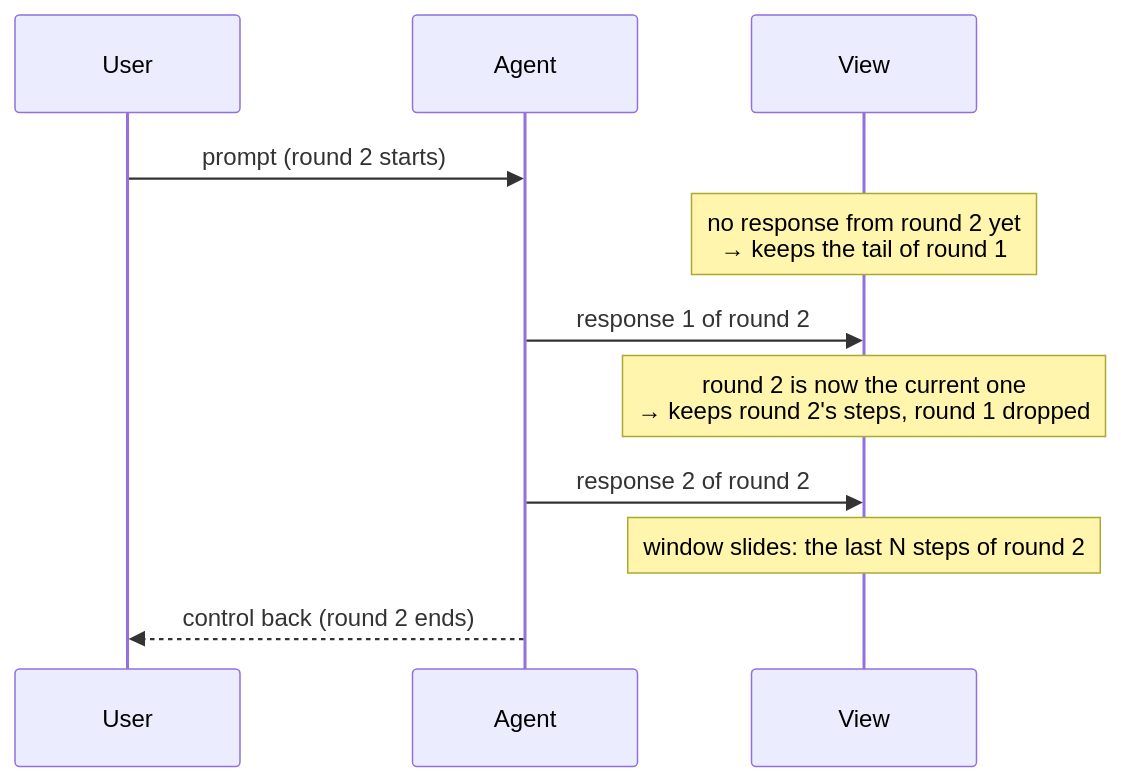
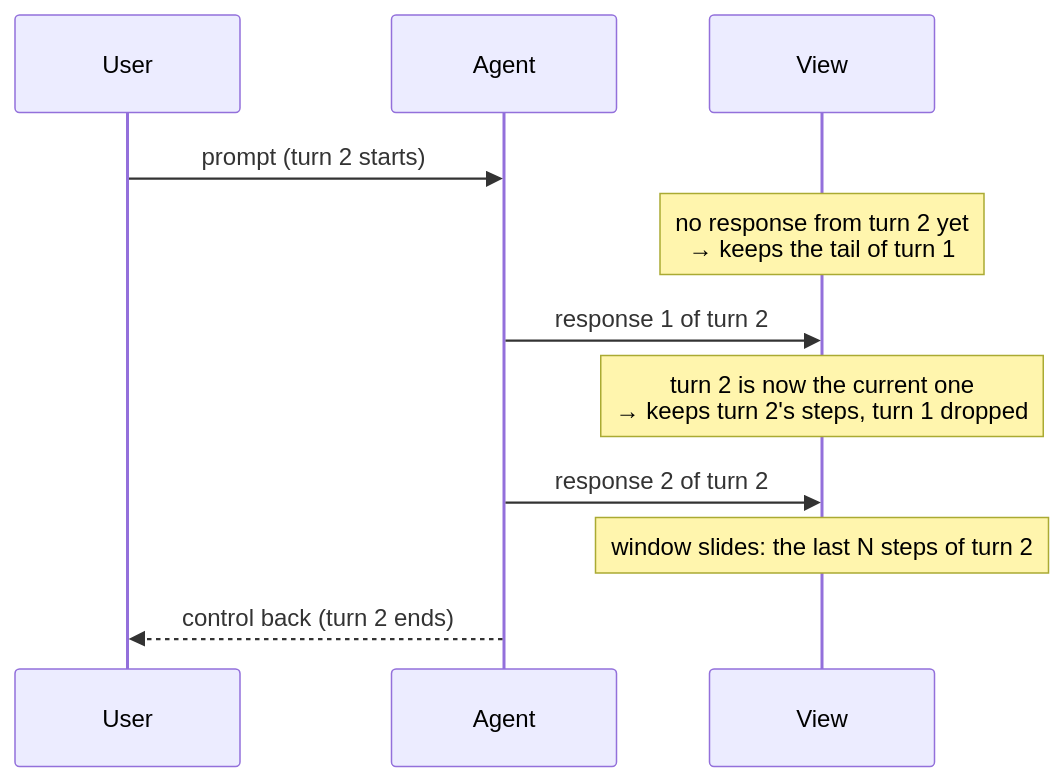
One commit to GabrielMartinMoran/sigil changed the ninth of 16 diagrams in docs/context.md. Above: the diagram before and after it, drawn with Mermaid. The commit also changed other lines of this file and 59 other files, not shown here.

````diff
--- a/docs/context.md
+++ b/docs/context.md
@@ -349,14 +355,14 @@
 ```mermaid
 sequenceDiagram
     participant U as User
     participant A as Agent
     participant V as View
 
-    U->>A: prompt (round 2 starts)
-    Note over V: no response from round 2 yet<br/>→ keeps the tail of round 1
-    A->>V: response 1 of round 2
-    Note over V: round 2 is now the current one<br/>→ keeps round 2's steps, round 1 dropped
-    A->>V: response 2 of round 2
-    Note over V: window slides: the last N steps of round 2
-    A-->>U: control back (round 2 ends)
+    U->>A: prompt (turn 2 starts)
+    Note over V: no response from turn 2 yet<br/>→ keeps the tail of turn 1
+    A->>V: response 1 of turn 2
+    Note over V: turn 2 is now the current one<br/>→ keeps turn 2's steps, turn 1 dropped
+    A->>V: response 2 of turn 2
+    Note over V: window slides: the last N steps of turn 2
+    A-->>U: control back (turn 2 ends)
 ```
````
